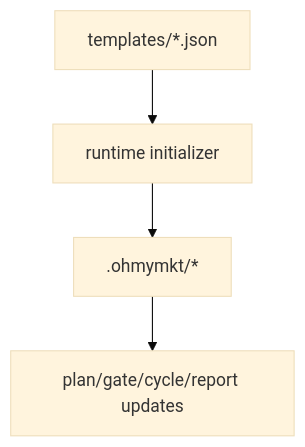
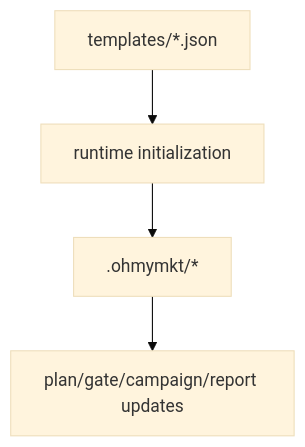
The third of 4 diagrams in docs/features.md (bravohenry/ohmymkt), drawn with Mermaid (base theme) before and after one commit. The commit also changed other lines of this file and 7 other files, not shown here.

````diff
--- a/docs/features.md
+++ b/docs/features.md
@@ -83,6 +105,6 @@
 ```mermaid
 flowchart TB
-    TMP["templates/*.json"] --> INIT["runtime initializer"]
-    INIT --> STATE[".ohmymkt/*"]
-    STATE --> CYCLE["plan/gate/cycle/report updates"]
+    TMP["templates/*.json"] --> INIT["runtime initialization"]
+    INIT --> RUNTIME[".ohmymkt/*"]
+    RUNTIME --> CYCLE["plan/gate/campaign/report updates"]
 ```
````
